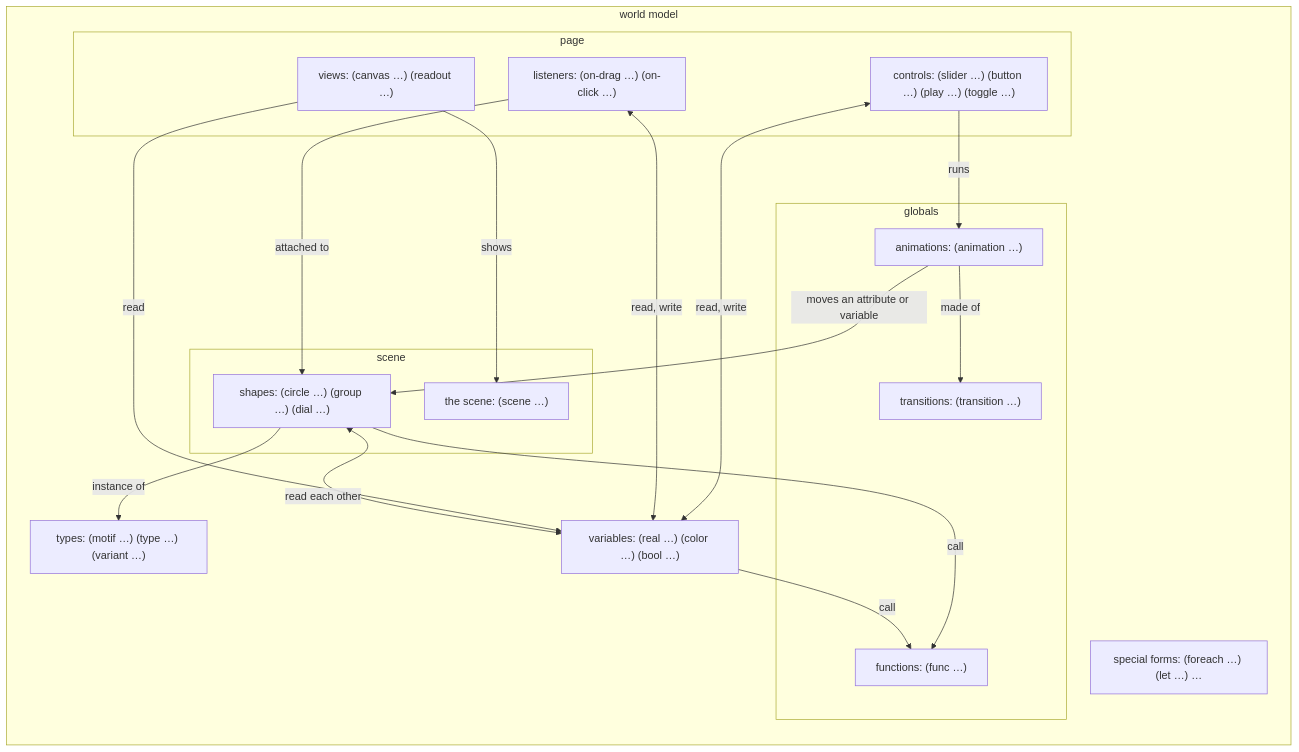
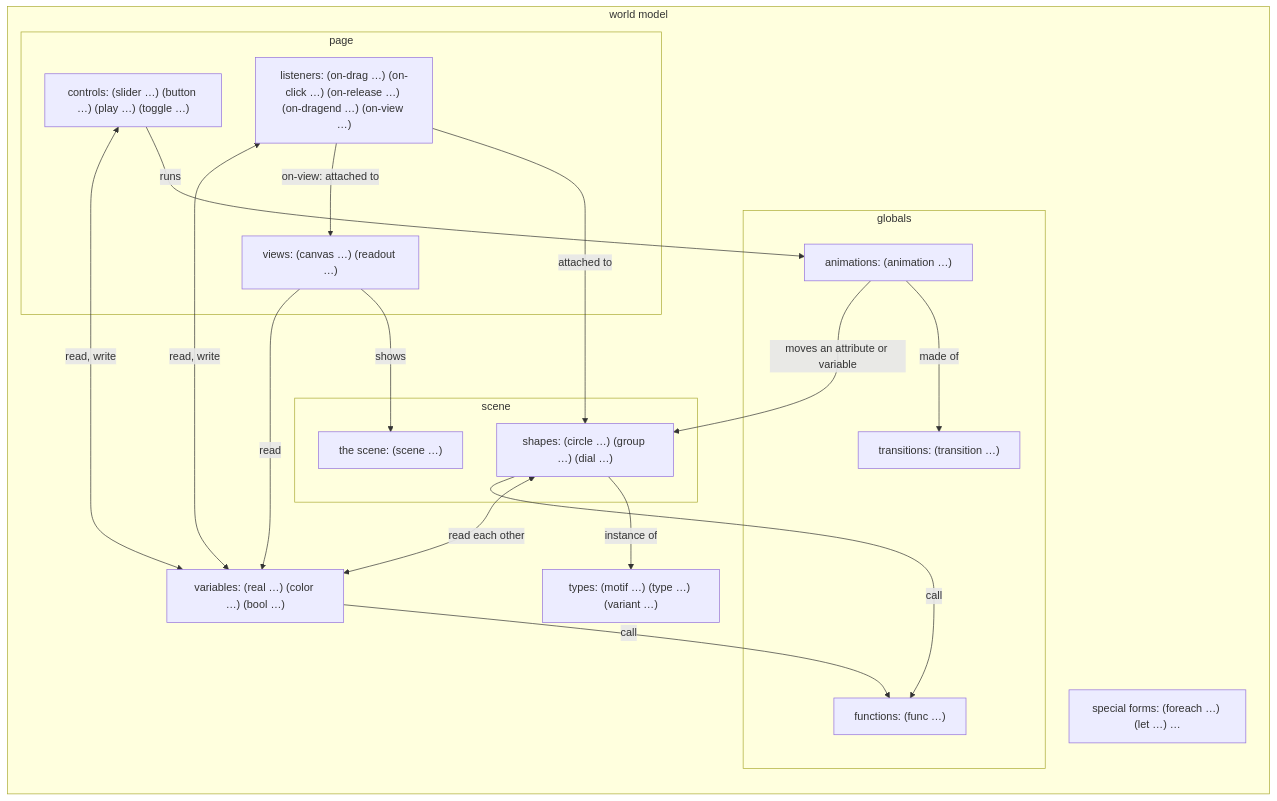
One commit to aris-pub/mathterpiece changed the second of 3 diagrams in docs/data-model.md. Above: the diagram before and after it, drawn with Mermaid. The commit also changed other lines of this file and 3 other files, not shown here.

````diff
--- a/docs/data-model.md
+++ b/docs/data-model.md
@@ -59,32 +59,33 @@
 ```mermaid
 flowchart LR
   subgraph wm [world model]
     types["types: (motif …) (type …) (variant …)"]
     special["special forms: (foreach …) (let …) …"]
     subgraph scene
       sc["the scene: (scene …)"]
       shapes["shapes: (circle …) (group …) (dial …)"]
     end
     vars["variables: (real …) (color …) (bool …)"]
     subgraph globals
       funcs["functions: (func …)"]
       trans["transitions: (transition …)"]
       anims["animations: (animation …)"]
     end
     subgraph page
       views["views: (canvas …) (readout …)"]
-      listeners["listeners: (on-drag …) (on-click …)"]
+      listeners["listeners: (on-drag …) (on-click …) (on-release …) (on-dragend …) (on-view …)"]
       controls["controls: (slider …) (button …) (play …) (toggle …)"]
     end
   end
   shapes -->|instance of| types
   shapes <-->|read each other| vars
   vars & shapes -->|call| funcs
   anims -->|made of| trans
   anims -->|moves an attribute or variable| shapes
   controls -->|runs| anims
   listeners -->|attached to| shapes
+  listeners -->|on-view: attached to| views
   views -->|shows| sc
   views -->|read| vars
   listeners & controls <-->|read, write| vars
 ```
````
